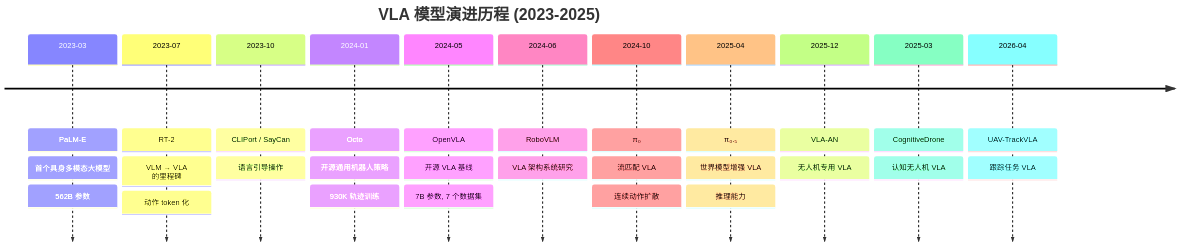
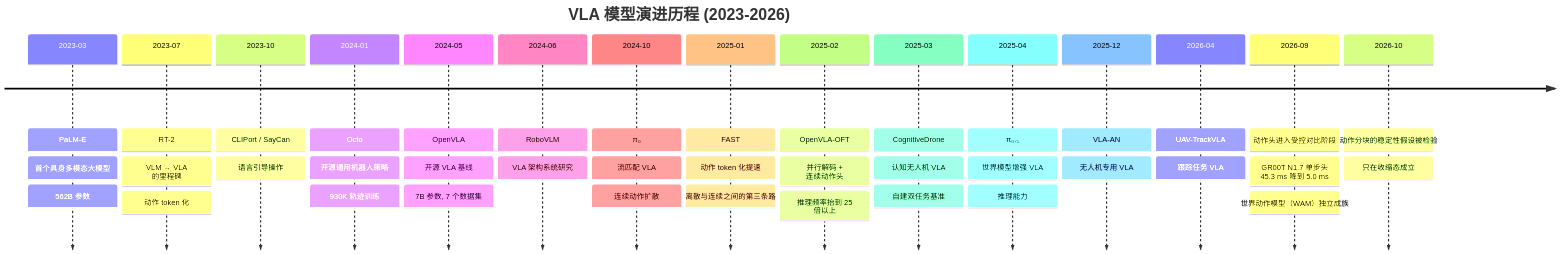
One commit to Qxy661/UAV-WM-VLA-Learning changed the first of 19 diagrams in mindmaps/vla-evolution.md. Above: the diagram before and after it, drawn with Mermaid. The commit also changed other lines of this file and 22 other files, not shown here.

````diff
--- a/mindmaps/vla-evolution.md
+++ b/mindmaps/vla-evolution.md
@@ -9,32 +11,44 @@
 ```mermaid
 timeline
-    title VLA 模型演进历程 (2023-2025)
+    title VLA 模型演进历程 (2023-2026)
     2023-03 : PaLM-E
              : 首个具身多模态大模型
              : 562B 参数
     2023-07 : RT-2
              : VLM → VLA 的里程碑
              : 动作 token 化
     2023-10 : CLIPort / SayCan
              : 语言引导操作
     2024-01 : Octo
              : 开源通用机器人策略
              : 930K 轨迹训练
     2024-05 : OpenVLA
              : 开源 VLA 基线
              : 7B 参数, 7 个数据集
     2024-06 : RoboVLM
              : VLA 架构系统研究
     2024-10 : π₀
              : 流匹配 VLA
              : 连续动作扩散
+    2025-01 : FAST
+             : 动作 token 化提速
+             : 离散与连续之间的第三条路
+    2025-02 : OpenVLA-OFT
+             : 并行解码 + 连续动作头
+             : 推理频率抬到 25 倍以上
+    2025-03 : CognitiveDrone
+             : 认知无人机 VLA
+             : 自建双任务基准
     2025-04 : π₀.₅
              : 世界模型增强 VLA
              : 推理能力
     2025-12 : VLA-AN
              : 无人机专用 VLA
-    2025-03 : CognitiveDrone
-             : 认知无人机 VLA
     2026-04 : UAV-TrackVLA
              : 跟踪任务 VLA
+    2026-09 : 动作头进入受控对比阶段
+             : GR00T N1.7 单步头 45.3 ms 降到 5.0 ms
+             : 世界动作模型（WAM）独立成族
+    2026-10 : 动作分块的稳定性假设被检验
+             : 只在收缩态成立
 ```
````
